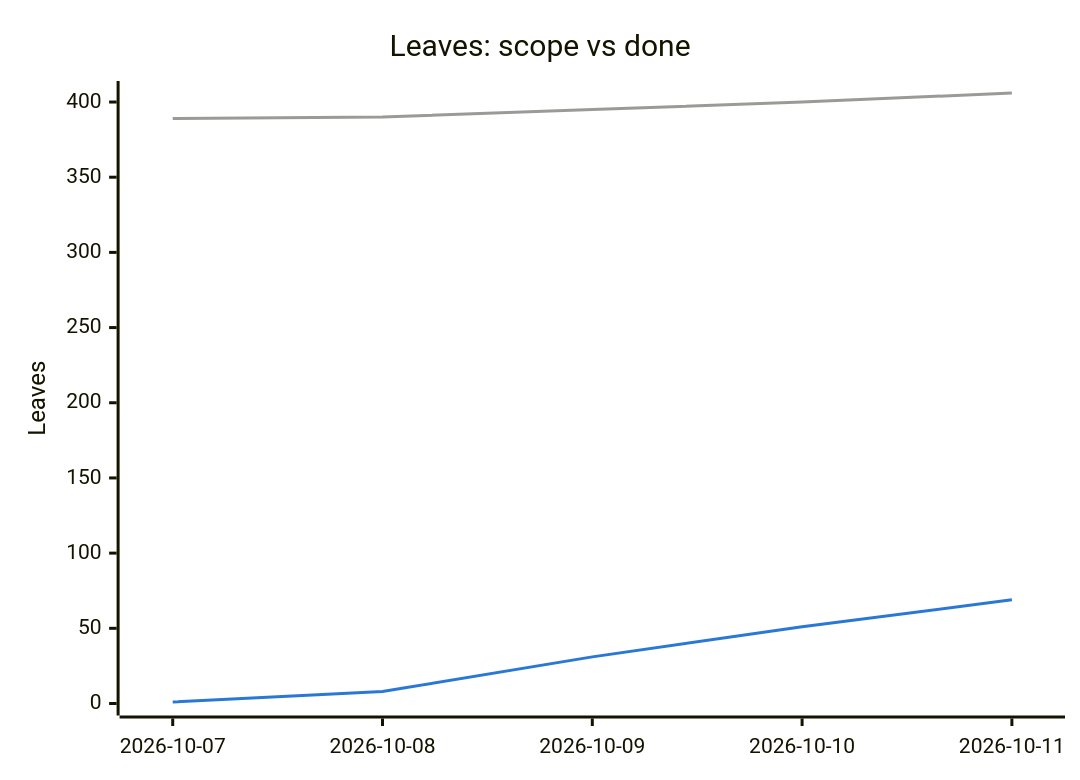
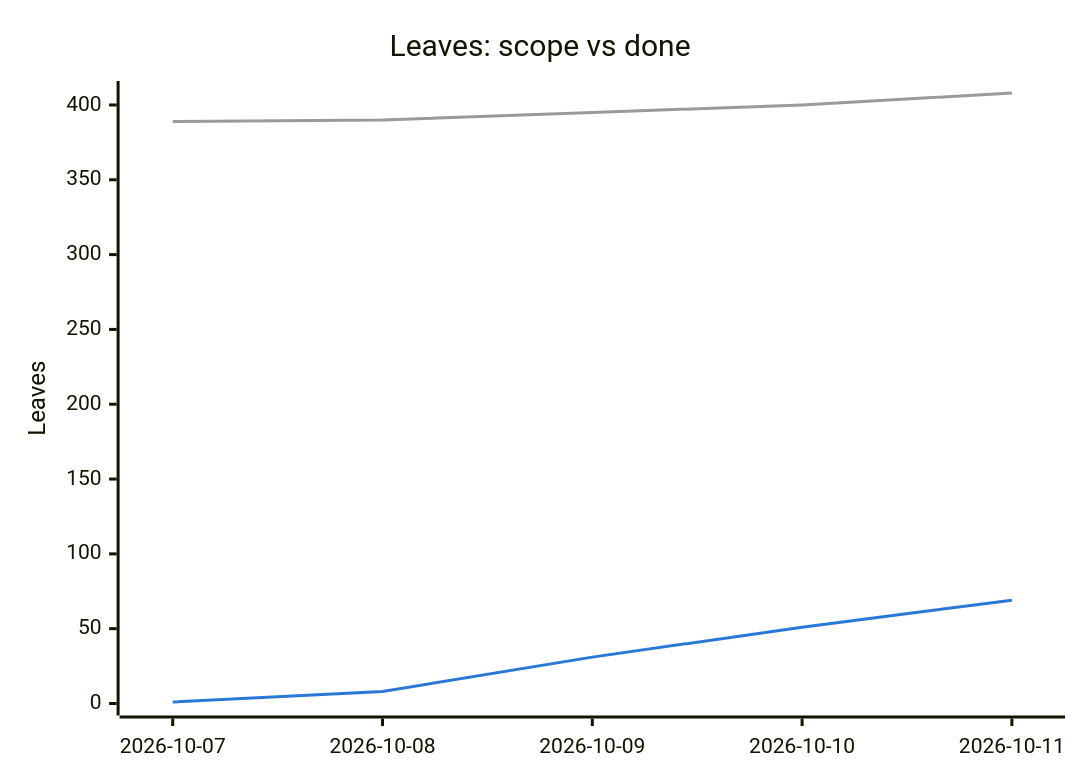
The second of 2 diagrams in PROGRESS.md (tomiok/persiaDB), drawn with Mermaid before and after one commit. The commit also changed other lines of this file and 5 other files, not shown here.

First line of the commit message:
docs(spec): memory-mapped reads of immutable container ranges; ADR-0010 (ROADMAP 1.8.3)

````diff
--- a/PROGRESS.md
+++ b/PROGRESS.md
@@ -105,14 +107,14 @@
 ```mermaid
 ---
 config:
   themeVariables:
     xyChart:
       plotColorPalette: "#9a9a96, #2a78d6"
 ---
 xychart-beta
   title "Leaves: scope vs done"
   x-axis ["2026-10-07", "2026-10-08", "2026-10-09", "2026-10-10", "2026-10-11"]
-  y-axis "Leaves" 0 --> 406
-  line [389, 390, 395, 400, 406]
+  y-axis "Leaves" 0 --> 408
+  line [389, 390, 395, 400, 408]
   line [1, 8, 31, 51, 69]
 ```
````
